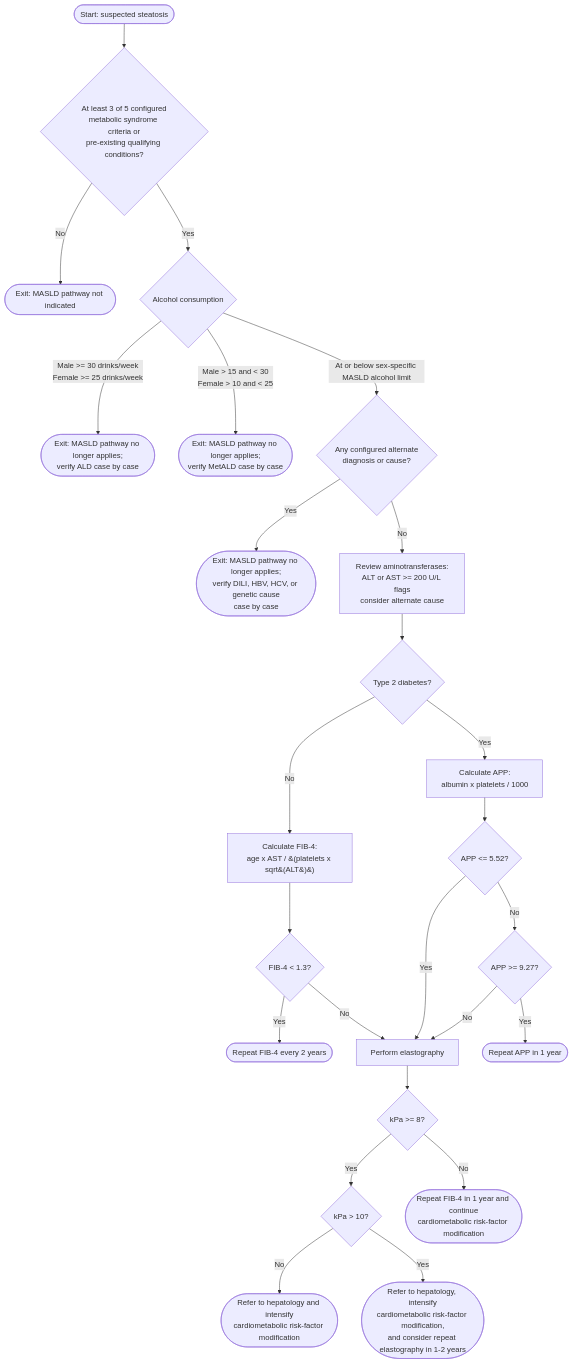
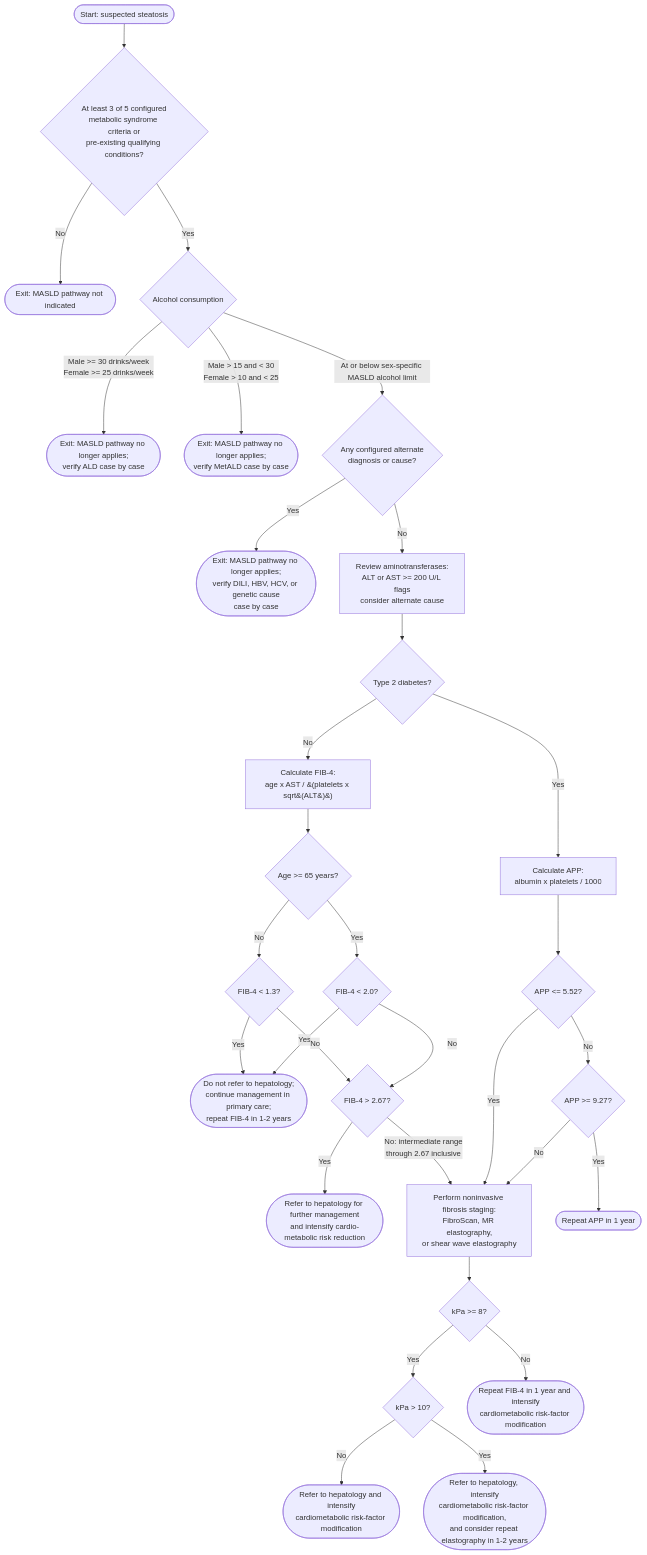
One commit to masldpathway/MASLD-clinical-care-pathway changed the diagram in docs/pathway-logic.md. Above: the diagram before and after it, drawn with Mermaid. The commit also changed other lines of this file and 7 other files, not shown here.

````diff
--- a/docs/pathway-logic.md
+++ b/docs/pathway-logic.md
@@ -7,35 +7,41 @@
 ```mermaid
 flowchart TD
     START([Start: suspected steatosis]) --> METABOLIC{At least 3 of 5 configured<br/>metabolic syndrome criteria or<br/>pre-existing qualifying conditions?}
 
     METABOLIC -- No --> NOT_INDICATED([Exit: MASLD pathway not indicated])
     METABOLIC -- Yes --> ALCOHOL{Alcohol consumption}
 
     ALCOHOL -- "Male &gt;= 30 drinks/week<br/>Female &gt;= 25 drinks/week" --> ALD([Exit: MASLD pathway no longer applies;<br/>verify ALD case by case])
     ALCOHOL -- "Male &gt; 15 and &lt; 30<br/>Female &gt; 10 and &lt; 25" --> METALD([Exit: MASLD pathway no longer applies;<br/>verify MetALD case by case])
     ALCOHOL -- "At or below sex-specific MASLD alcohol limit" --> ALTERNATE{Any configured alternate<br/>diagnosis or cause?}
 
     ALTERNATE -- Yes --> ALT_EXIT([Exit: MASLD pathway no longer applies;<br/>verify DILI, HBV, HCV, or genetic cause<br/>case by case])
     ALTERNATE -- No --> ENZYMES[Review aminotransferases:<br/>ALT or AST &gt;= 200 U/L flags<br/>consider alternate cause]
 
     ENZYMES --> DIABETES{Type 2 diabetes?}
 
     DIABETES -- No --> FIB4[Calculate FIB-4:<br/>age x AST / &#40;platelets x sqrt&#40;ALT&#41;&#41;]
     DIABETES -- Yes --> APP[Calculate APP:<br/>albumin x platelets / 1000]
 
-    FIB4 --> FIB4_LOW{FIB-4 &lt; 1.3?}
-    FIB4_LOW -- Yes --> FIB4_2Y([Repeat FIB-4 every 2 years])
-    FIB4_LOW -- No --> ELASTOGRAPHY[Perform elastography]
+    FIB4 --> FIB4_AGE{Age &gt;= 65 years?}
+    FIB4_AGE -- No --> FIB4_LOW_UNDER65{FIB-4 &lt; 1.3?}
+    FIB4_AGE -- Yes --> FIB4_LOW_65{FIB-4 &lt; 2.0?}
+    FIB4_LOW_UNDER65 -- Yes --> FIB4_1Y_PRIMARY([Do not refer to hepatology;<br/>continue management in primary care;<br/>repeat FIB-4 in 1-2 years])
+    FIB4_LOW_65 -- Yes --> FIB4_1Y_PRIMARY
+    FIB4_LOW_UNDER65 -- No --> FIB4_ADVANCED{FIB-4 &gt; 2.67?}
+    FIB4_LOW_65 -- No --> FIB4_ADVANCED
+    FIB4_ADVANCED -- Yes --> FIB4_REFER([Refer to hepatology for further management<br/>and intensify cardio-metabolic risk reduction])
+    FIB4_ADVANCED -- "No: intermediate range<br/>through 2.67 inclusive" --> ELASTOGRAPHY[Perform noninvasive fibrosis staging:<br/>FibroScan, MR elastography,<br/>or shear wave elastography]
 
     APP --> APP_LOW{APP &lt;= 5.52?}
     APP_LOW -- Yes --> ELASTOGRAPHY
     APP_LOW -- No --> APP_HIGH{APP &gt;= 9.27?}
     APP_HIGH -- Yes --> APP_1Y([Repeat APP in 1 year])
     APP_HIGH -- No --> ELASTOGRAPHY
 
     ELASTOGRAPHY --> KPA{kPa &gt;= 8?}
     KPA -- Yes --> KPA_10{kPa &gt; 10?}
     KPA_10 -- No --> REFERRAL([Refer to hepatology and intensify<br/>cardiometabolic risk-factor modification])
     KPA_10 -- Yes --> REFERRAL_REPEAT([Refer to hepatology, intensify<br/>cardiometabolic risk-factor modification,<br/>and consider repeat elastography in 1-2 years])
-    KPA -- No --> FIB4_1Y([Repeat FIB-4 in 1 year and continue<br/>cardiometabolic risk-factor modification])
+    KPA -- No --> FIB4_1Y([Repeat FIB-4 in 1 year and intensify<br/>cardiometabolic risk-factor modification])
 ```
````
